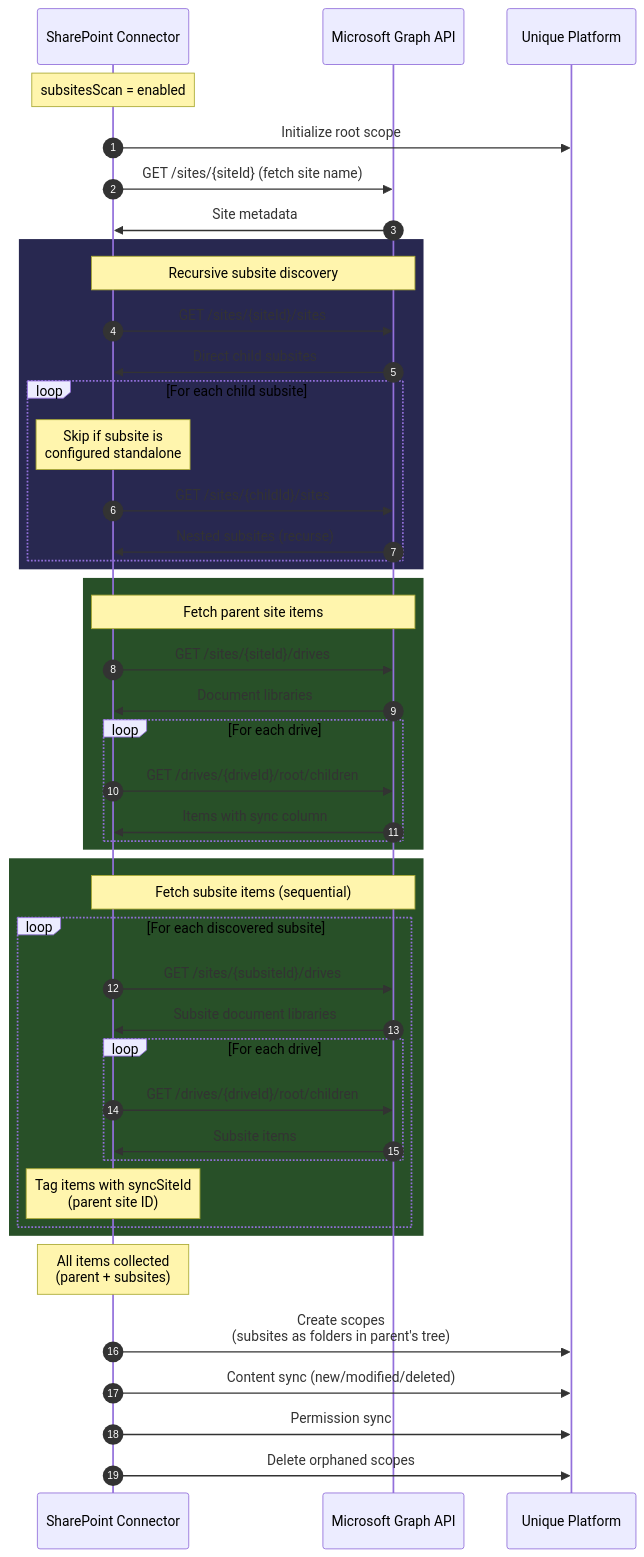
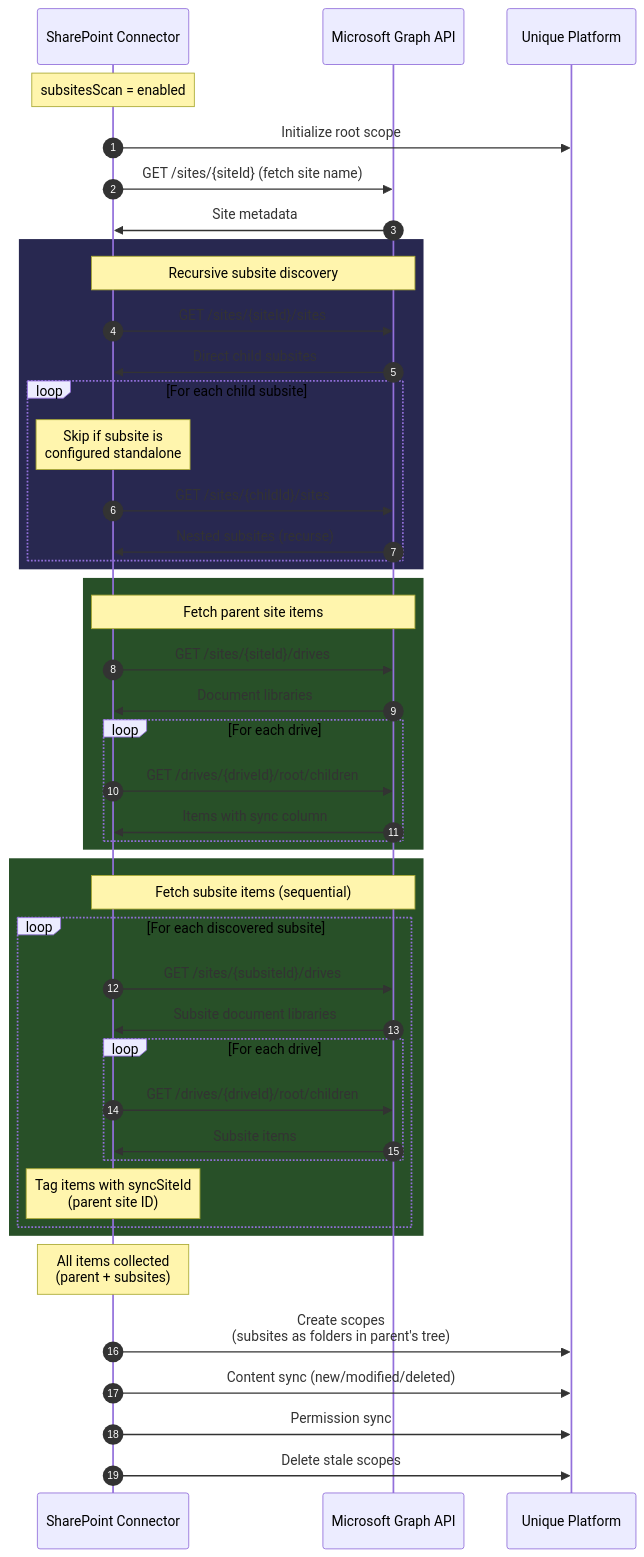
The fourth of 10 diagrams in services/sharepoint-connector/docs/technical/flows.md (Unique-AG/connectors), drawn with Mermaid before and after one commit. The commit also changed 7 other files, not shown here.

First line of the commit message:
feat(sharepoint-connector): UN-18224 delete stale scopes left behind after SharePoint folder removal

````diff
--- a/services/sharepoint-connector/docs/technical/flows.md
+++ b/services/sharepoint-connector/docs/technical/flows.md
@@ -144,55 +144,55 @@
 ```mermaid
 sequenceDiagram
     autonumber
     participant Connector as SharePoint Connector
     participant Graph as Microsoft Graph API
     participant Unique as Unique Platform
 
     Note over Connector: subsitesScan = enabled
 
     Connector->>Unique: Initialize root scope
     Connector->>Graph: GET /sites/{siteId} (fetch site name)
     Graph->>Connector: Site metadata
 
     rect rgb(40, 40, 80)
         Note over Connector,Graph: Recursive subsite discovery
         Connector->>Graph: GET /sites/{siteId}/sites
         Graph->>Connector: Direct child subsites
 
         loop For each child subsite
             Note over Connector: Skip if subsite is<br/>configured standalone
             Connector->>Graph: GET /sites/{childId}/sites
             Graph->>Connector: Nested subsites (recurse)
         end
     end
 
     rect rgb(40, 80, 40)
         Note over Connector,Graph: Fetch parent site items
         Connector->>Graph: GET /sites/{siteId}/drives
         Graph->>Connector: Document libraries
         loop For each drive
             Connector->>Graph: GET /drives/{driveId}/root/children
             Graph->>Connector: Items with sync column
         end
     end
 
     rect rgb(40, 80, 40)
         Note over Connector,Graph: Fetch subsite items (sequential)
         loop For each discovered subsite
             Connector->>Graph: GET /sites/{subsiteId}/drives
             Graph->>Connector: Subsite document libraries
             loop For each drive
                 Connector->>Graph: GET /drives/{driveId}/root/children
                 Graph->>Connector: Subsite items
             end
             Note over Connector: Tag items with syncSiteId<br/>(parent site ID)
         end
     end
 
     Note over Connector: All items collected<br/>(parent + subsites)
 
     Connector->>Unique: Create scopes<br/>(subsites as folders in parent's tree)
     Connector->>Unique: Content sync (new/modified/deleted)
     Connector->>Unique: Permission sync
-    Connector->>Unique: Delete orphaned scopes
+    Connector->>Unique: Delete stale scopes
 ```
````
